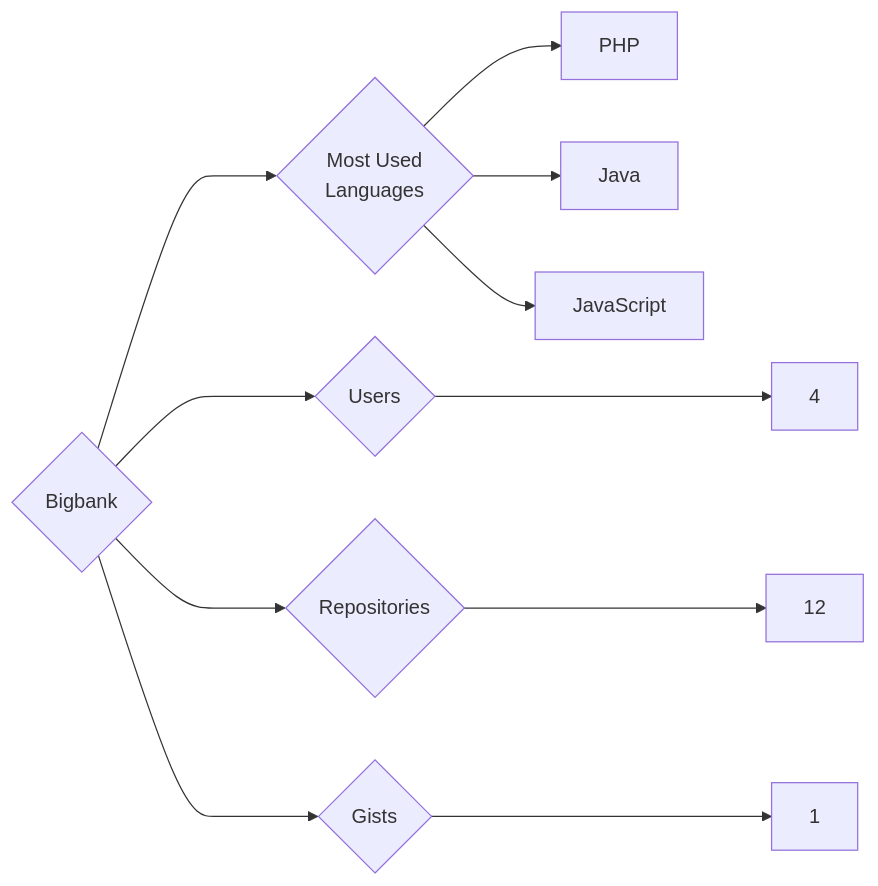
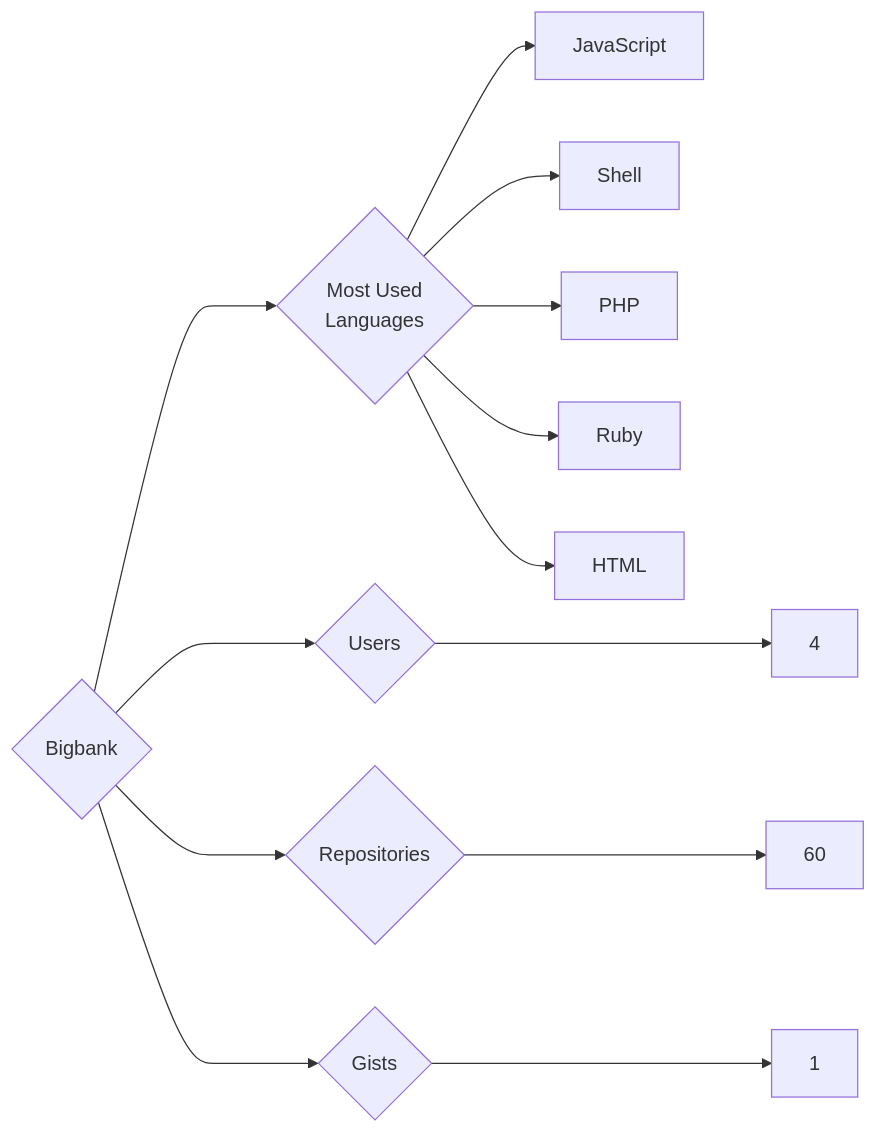
One commit to trickest/insiders changed the diagram in targets/Bigbank/README.md. Above: the diagram before and after it, drawn with Mermaid. The commit also changed 1120 other files, not shown here.

````diff
--- a/targets/Bigbank/README.md
+++ b/targets/Bigbank/README.md
@@ -3,11 +3,13 @@
 ```mermaid
 graph LR
 COMPANY_NAME{Bigbank}
 COMPANY_NAME ---> U{Users} ---> UN[4]
-COMPANY_NAME ---> R{Repositories} ---> RN[12]
+COMPANY_NAME ---> R{Repositories} ---> RN[60]
 COMPANY_NAME ---> G{Gists} ---> GN[1]
 COMPANY_NAME ---> ML{Most Used<br>Languages}
+ML --> JavaScript[JavaScript]
+ML --> Shell[Shell]
 ML --> PHP[PHP]
-ML --> Java[Java]
-ML --> JavaScript[JavaScript]
+ML --> Ruby[Ruby]
+ML --> HTML[HTML]
 ```
````
